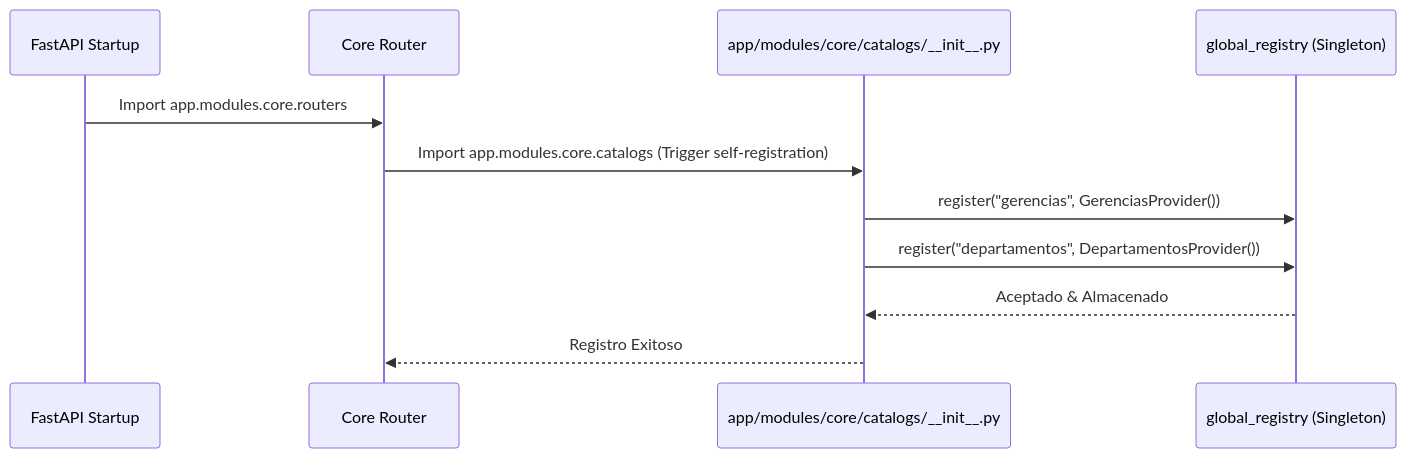
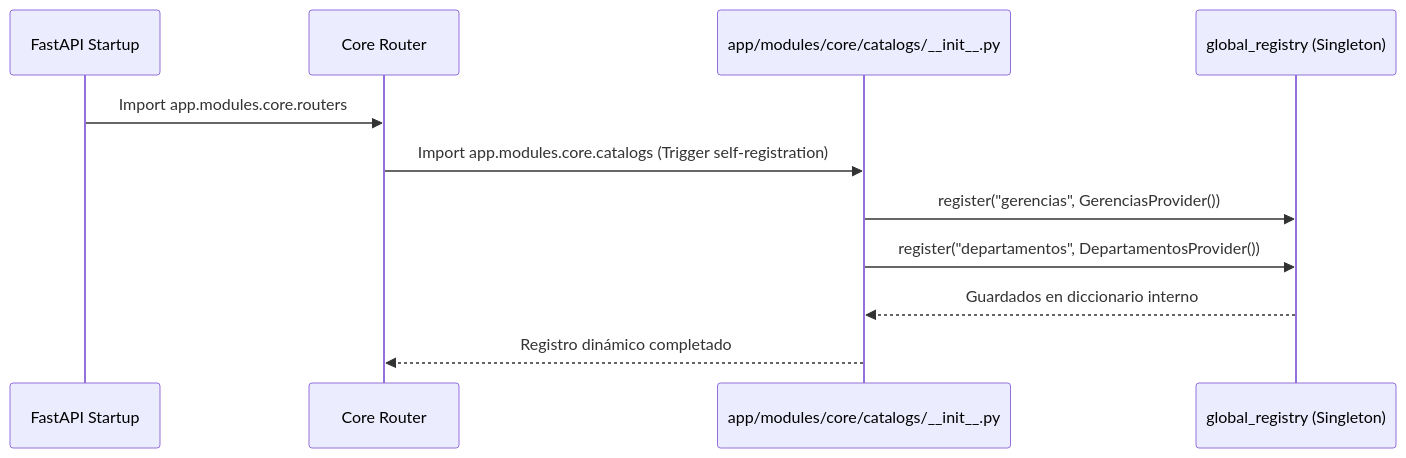
Before and after one commit to henrytaby/uyuni-backend-py: the second of 4 diagrams in docs/developer_guide/02_sistema_catalogos_dinamicos.md, drawn with Mermaid. The commit also changed other lines of this file, not shown here.

````diff
--- a/docs/developer_guide/02_sistema_catalogos_dinamicos.md
+++ b/docs/developer_guide/02_sistema_catalogos_dinamicos.md
@@ -50,14 +101,14 @@
 ```mermaid
 sequenceDiagram
     participant App as FastAPI Startup
     participant R as Core Router
     participant I as app/modules/core/catalogs/__init__.py
     participant Reg as global_registry (Singleton)
     
     App->>R: Import app.modules.core.routers
     R->>I: Import app.modules.core.catalogs (Trigger self-registration)
     I->>Reg: register("gerencias", GerenciasProvider())
     I->>Reg: register("departamentos", DepartamentosProvider())
-    Reg-->>I: Aceptado & Almacenado
-    I-->>R: Registro Exitoso
+    Reg-->>I: Guardados en diccionario interno
+    I-->>R: Registro dinámico completado
 ```
````
